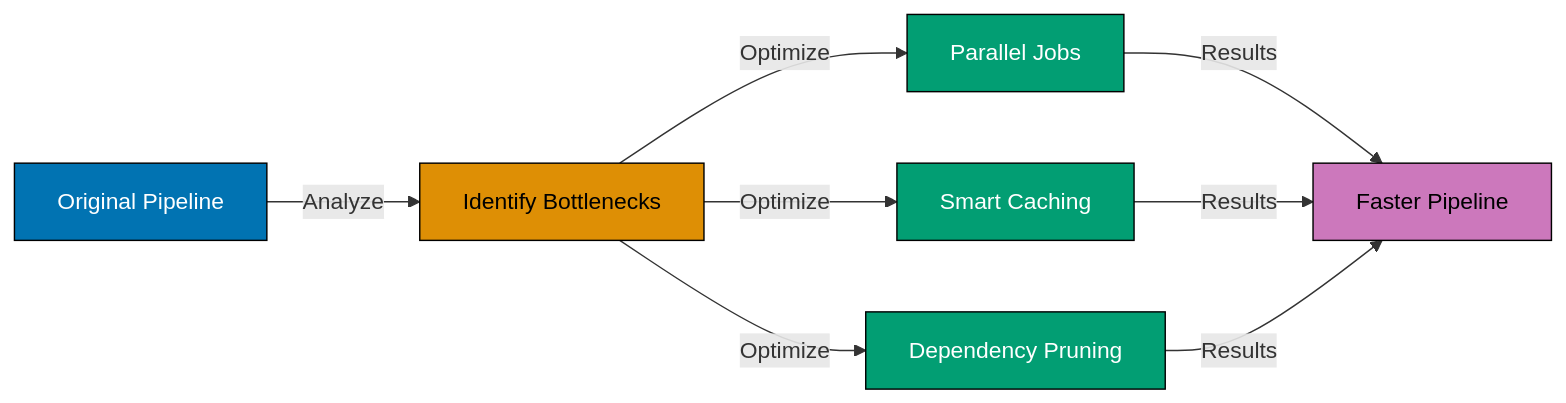
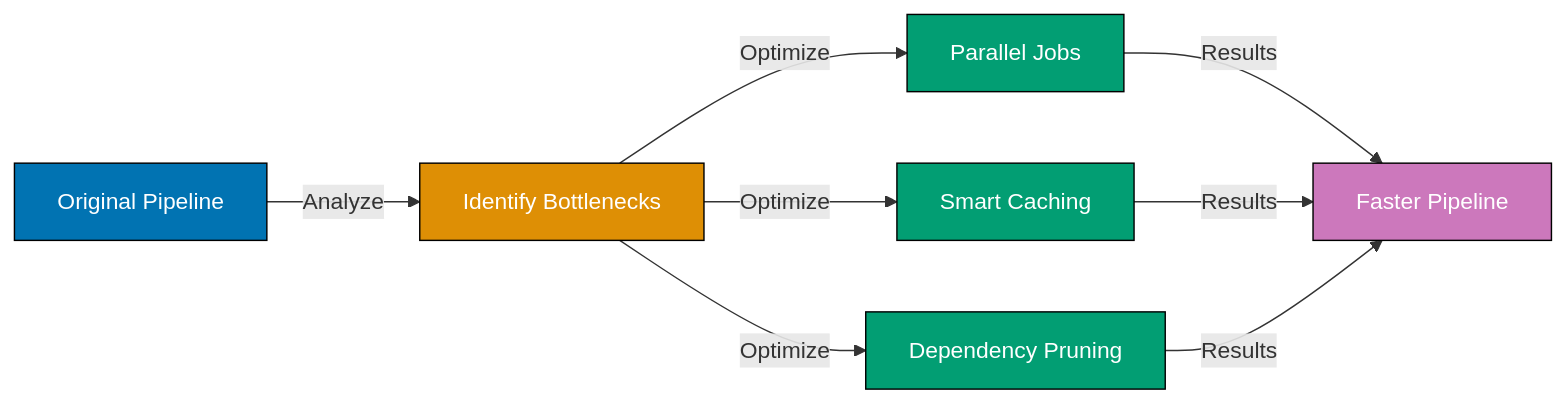
One commit to wahidyankf/open-sharia-enterprise changed the fifth of 10 diagrams in apps/ayokoding-web/content/en/learn/software-engineering/automation-tools/claude-code/by-example/advanced.md. Above: the diagram before and after it, drawn with Mermaid. The commit also changed other lines of this file and 61 other files, not shown here.

First line of the commit message:
fix(ayokoding-web): quote Mermaid node labels with special characters in Example 63

````diff
--- a/apps/ayokoding-web/content/en/learn/software-engineering/automation-tools/claude-code/by-example/advanced.md
+++ b/apps/ayokoding-web/content/en/learn/software-engineering/automation-tools/claude-code/by-example/advanced.md
@@ -645,17 +645,17 @@
 ```mermaid
 graph LR
     A[Original Pipeline] -->|Analyze| B[Identify Bottlenecks]
     B -->|Optimize| C[Parallel Jobs]
     B -->|Optimize| D[Smart Caching]
     B -->|Optimize| E[Dependency Pruning]
     C -->|Results| F[Faster Pipeline]
     D -->|Results| F
     E -->|Results| F
 
     style A fill:#0173B2,stroke:#000,color:#fff
-    style B fill:#DE8F05,stroke:#000,color:#000
+    style B fill:#DE8F05,stroke:#000,color:#fff
     style C fill:#029E73,stroke:#000,color:#fff
     style D fill:#029E73,stroke:#000,color:#fff
     style E fill:#029E73,stroke:#000,color:#fff
-    style F fill:#CC78BC,stroke:#000,color:#000
+    style F fill:#CC78BC,stroke:#000,color:#fff
 ```
````
